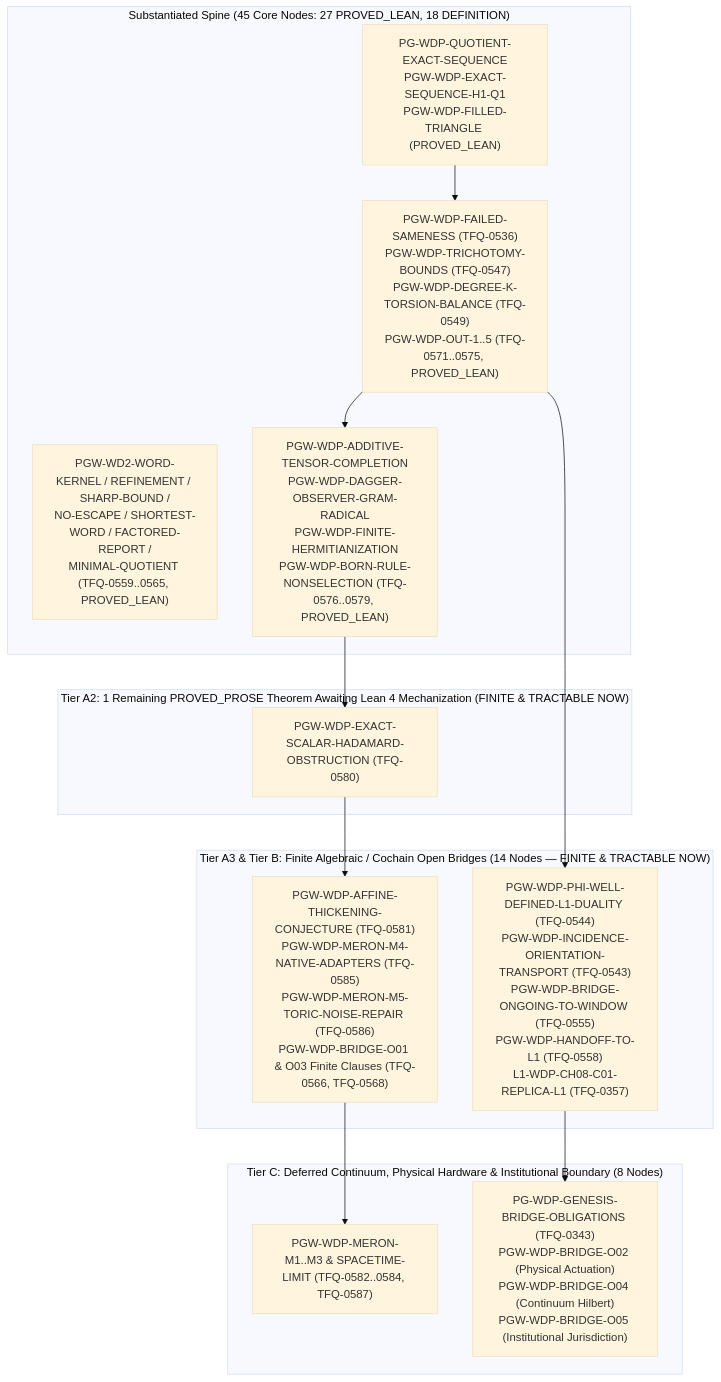
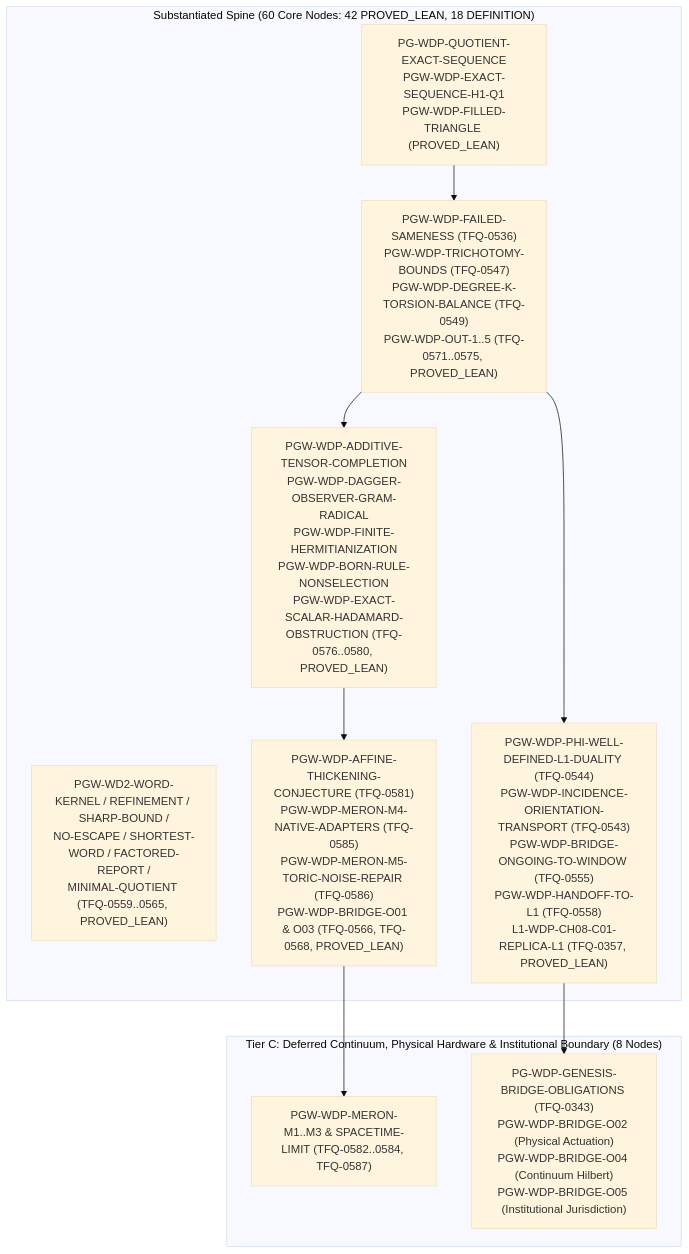
Before and after one commit to dbccpage/theory_of_finite_quantum_mechanics: the diagram in dag/WDP_DERIVATION_DAG.md, drawn with Mermaid (base theme). The commit also changed other lines of this file and 18 other files, not shown here.

Commit message:
feat(wdp): complete Batch 6 Lean 4 derivations (TFQ-0581, TFQ-0585, TFQ-0586, TFQ-0566, TFQ-0568) and close all 30 finite WDP obligations

````diff
--- a/dag/WDP_DERIVATION_DAG.md
+++ b/dag/WDP_DERIVATION_DAG.md
@@ -29,28 +29,21 @@
 ```mermaid
 flowchart TD
-    subgraph S_DONE["Substantiated Spine (45 Core Nodes: 27 PROVED_LEAN, 18 DEFINITION)"]
+    subgraph S_DONE["Substantiated Spine (60 Core Nodes: 42 PROVED_LEAN, 18 DEFINITION)"]
         WDP_CORE["PG-WDP-QUOTIENT-EXACT-SEQUENCE<br/>PGW-WDP-EXACT-SEQUENCE-H1-Q1<br/>PGW-WDP-FILLED-TRIANGLE (PROVED_LEAN)"]
         WD2_T1["PGW-WD2-WORD-KERNEL / REFINEMENT / SHARP-BOUND /<br/>NO-ESCAPE / SHORTEST-WORD / FACTORED-REPORT /<br/>MINIMAL-QUOTIENT (TFQ-0559..0565, PROVED_LEAN)"]
         WDP_B2["PGW-WDP-FAILED-SAMENESS (TFQ-0536)<br/>PGW-WDP-TRICHOTOMY-BOUNDS (TFQ-0547)<br/>PGW-WDP-DEGREE-K-TORSION-BALANCE (TFQ-0549)<br/>PGW-WDP-OUT-1..5 (TFQ-0571..0575, PROVED_LEAN)"]
-        QM_SPINE["PGW-WDP-ADDITIVE-TENSOR-COMPLETION<br/>PGW-WDP-DAGGER-OBSERVER-GRAM-RADICAL<br/>PGW-WDP-FINITE-HERMITIANIZATION<br/>PGW-WDP-BORN-RULE-NONSELECTION (TFQ-0576..0579, PROVED_LEAN)"]
-    end
-
-    subgraph S_TIER_A2["Tier A2: 1 Remaining PROVED_PROSE Theorem Awaiting Lean 4 Mechanization (FINITE & TRACTABLE NOW)"]
-        WDP_QM_PROSE["PGW-WDP-EXACT-SCALAR-HADAMARD-OBSTRUCTION (TFQ-0580)"]
-    end
-
-    subgraph S_TIER_B["Tier A3 & Tier B: Finite Algebraic / Cochain Open Bridges (14 Nodes — FINITE & TRACTABLE NOW)"]
-        FIN_BRIDGES["PGW-WDP-PHI-WELL-DEFINED-L1-DUALITY (TFQ-0544)<br/>PGW-WDP-INCIDENCE-ORIENTATION-TRANSPORT (TFQ-0543)<br/>PGW-WDP-BRIDGE-ONGOING-TO-WINDOW (TFQ-0555)<br/>PGW-WDP-HANDOFF-TO-L1 (TFQ-0558)<br/>L1-WDP-CH08-C01-REPLICA-L1 (TFQ-0357)"]
-        FIN_TARGETS["PGW-WDP-AFFINE-THICKENING-CONJECTURE (TFQ-0581)<br/>PGW-WDP-MERON-M4-NATIVE-ADAPTERS (TFQ-0585)<br/>PGW-WDP-MERON-M5-TORIC-NOISE-REPAIR (TFQ-0586)<br/>PGW-WDP-BRIDGE-O01 & O03 Finite Clauses (TFQ-0566, TFQ-0568)"]
+        QM_SPINE["PGW-WDP-ADDITIVE-TENSOR-COMPLETION<br/>PGW-WDP-DAGGER-OBSERVER-GRAM-RADICAL<br/>PGW-WDP-FINITE-HERMITIANIZATION<br/>PGW-WDP-BORN-RULE-NONSELECTION<br/>PGW-WDP-EXACT-SCALAR-HADAMARD-OBSTRUCTION (TFQ-0576..0580, PROVED_LEAN)"]
+        FIN_BRIDGES["PGW-WDP-PHI-WELL-DEFINED-L1-DUALITY (TFQ-0544)<br/>PGW-WDP-INCIDENCE-ORIENTATION-TRANSPORT (TFQ-0543)<br/>PGW-WDP-BRIDGE-ONGOING-TO-WINDOW (TFQ-0555)<br/>PGW-WDP-HANDOFF-TO-L1 (TFQ-0558)<br/>L1-WDP-CH08-C01-REPLICA-L1 (TFQ-0357, PROVED_LEAN)"]
+        FIN_TARGETS["PGW-WDP-AFFINE-THICKENING-CONJECTURE (TFQ-0581)<br/>PGW-WDP-MERON-M4-NATIVE-ADAPTERS (TFQ-0585)<br/>PGW-WDP-MERON-M5-TORIC-NOISE-REPAIR (TFQ-0586)<br/>PGW-WDP-BRIDGE-O01 & O03 (TFQ-0566, TFQ-0568, PROVED_LEAN)"]
     end
 
     subgraph S_DEFERRED["Tier C: Deferred Continuum, Physical Hardware & Institutional Boundary (8 Nodes)"]
         CONT_MERON["PGW-WDP-MERON-M1..M3 & SPACETIME-LIMIT (TFQ-0582..0584, TFQ-0587)"]
         EXT_BRIDGES["PG-WDP-GENESIS-BRIDGE-OBLIGATIONS (TFQ-0343)<br/>PGW-WDP-BRIDGE-O02 (Physical Actuation)<br/>PGW-WDP-BRIDGE-O04 (Continuum Hilbert)<br/>PGW-WDP-BRIDGE-O05 (Institutional Jurisdiction)"]
     end
 
     WDP_CORE --> WDP_B2 --> FIN_BRIDGES
-    WDP_B2 --> QM_SPINE --> WDP_QM_PROSE --> FIN_TARGETS
+    WDP_B2 --> QM_SPINE --> FIN_TARGETS
     FIN_TARGETS --> CONT_MERON
     FIN_BRIDGES --> EXT_BRIDGES
 ```
````
